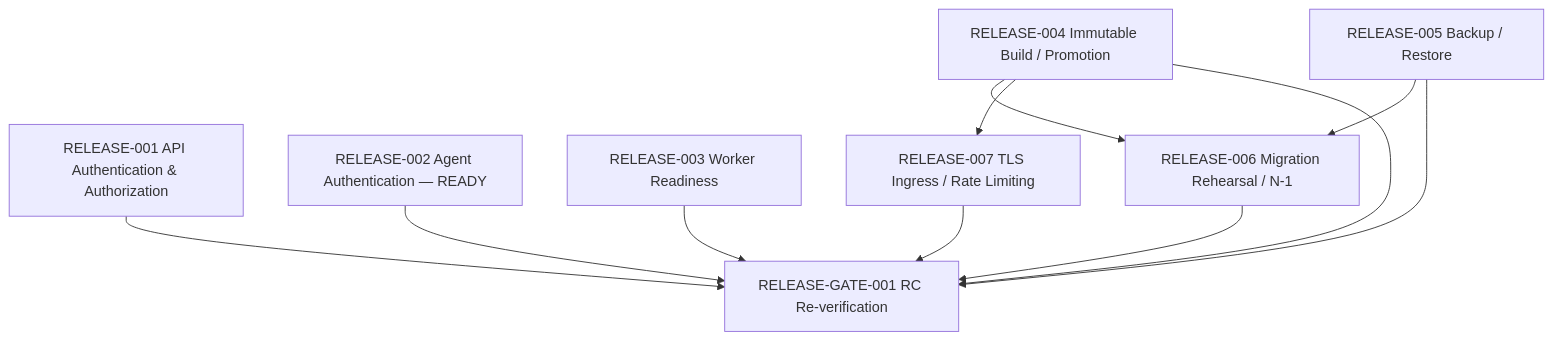
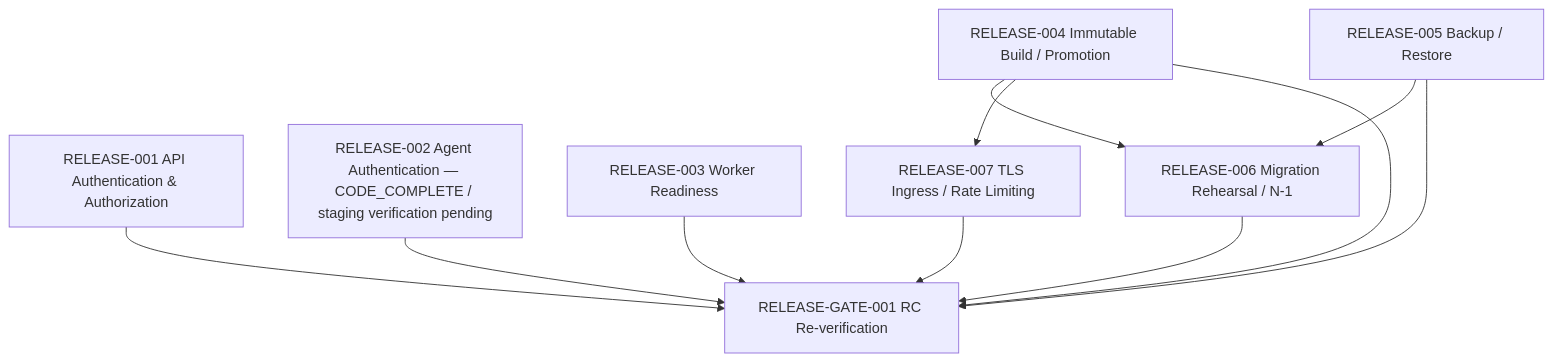
The diagram in docs/release/RELEASE_DEPENDENCY_GRAPH.md (duclee9x/itcenter), drawn with Mermaid before and after one commit. The commit also changed other lines of this file and 32 other files, not shown here.

Commit message:
Implement RELEASE-002 Agent mTLS authentication

````diff
--- a/docs/release/RELEASE_DEPENDENCY_GRAPH.md
+++ b/docs/release/RELEASE_DEPENDENCY_GRAPH.md
@@ -6,23 +6,23 @@
 ```mermaid
 flowchart TD
   R001[RELEASE-001 API Authentication & Authorization]
-  R002[RELEASE-002 Agent Authentication — READY]
+  R002[RELEASE-002 Agent Authentication — CODE_COMPLETE / staging verification pending]
   R003[RELEASE-003 Worker Readiness]
   R004[RELEASE-004 Immutable Build / Promotion]
   R005[RELEASE-005 Backup / Restore]
   R006[RELEASE-006 Migration Rehearsal / N-1]
   R007[RELEASE-007 TLS Ingress / Rate Limiting]
   G001[RELEASE-GATE-001 RC Re-verification]
 
   R004 --> R006
   R005 --> R006
   R004 --> R007
 
   R001 --> G001
   R002 --> G001
   R003 --> G001
   R004 --> G001
   R005 --> G001
   R006 --> G001
   R007 --> G001
 ```
````
